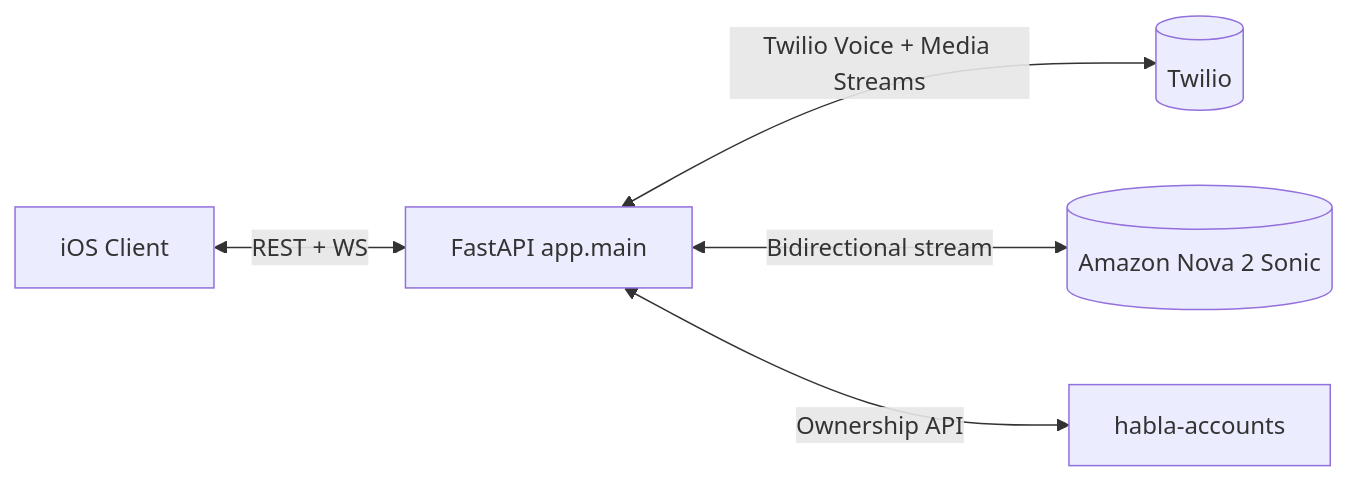
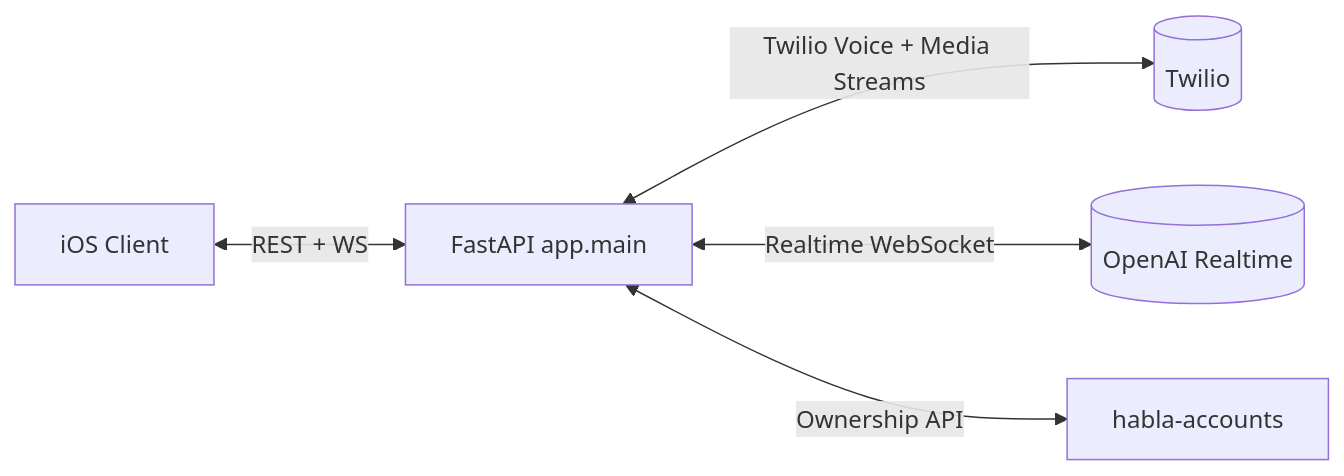
One commit to maximbilan/habla-core changed the first of 3 diagrams in architecture.md. Above: the diagram before and after it, drawn with Mermaid. The commit also changed other lines of this file and 17 other files, not shown here.

Commit message:
Add OpenAI realtime voice trial

````diff
--- a/architecture.md
+++ b/architecture.md
@@ -11,7 +11,7 @@
 ```mermaid
 flowchart LR
     iOS[iOS Client] <-- REST + WS --> API[FastAPI app.main]
     API <-- Twilio Voice + Media Streams --> Twilio[(Twilio)]
-    API <-- Bidirectional stream --> Nova[(Amazon Nova 2 Sonic)]
+    API <-- Realtime WebSocket --> OpenAI[(OpenAI Realtime)]
     API <-- Ownership API --> Accounts[habla-accounts]
 ```
````
